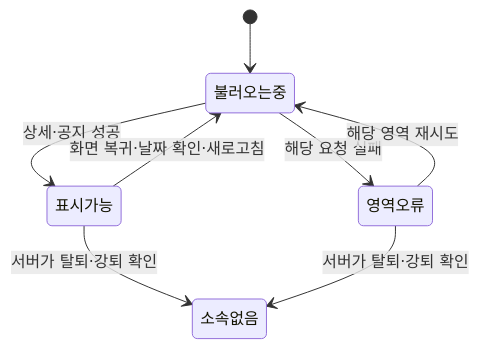
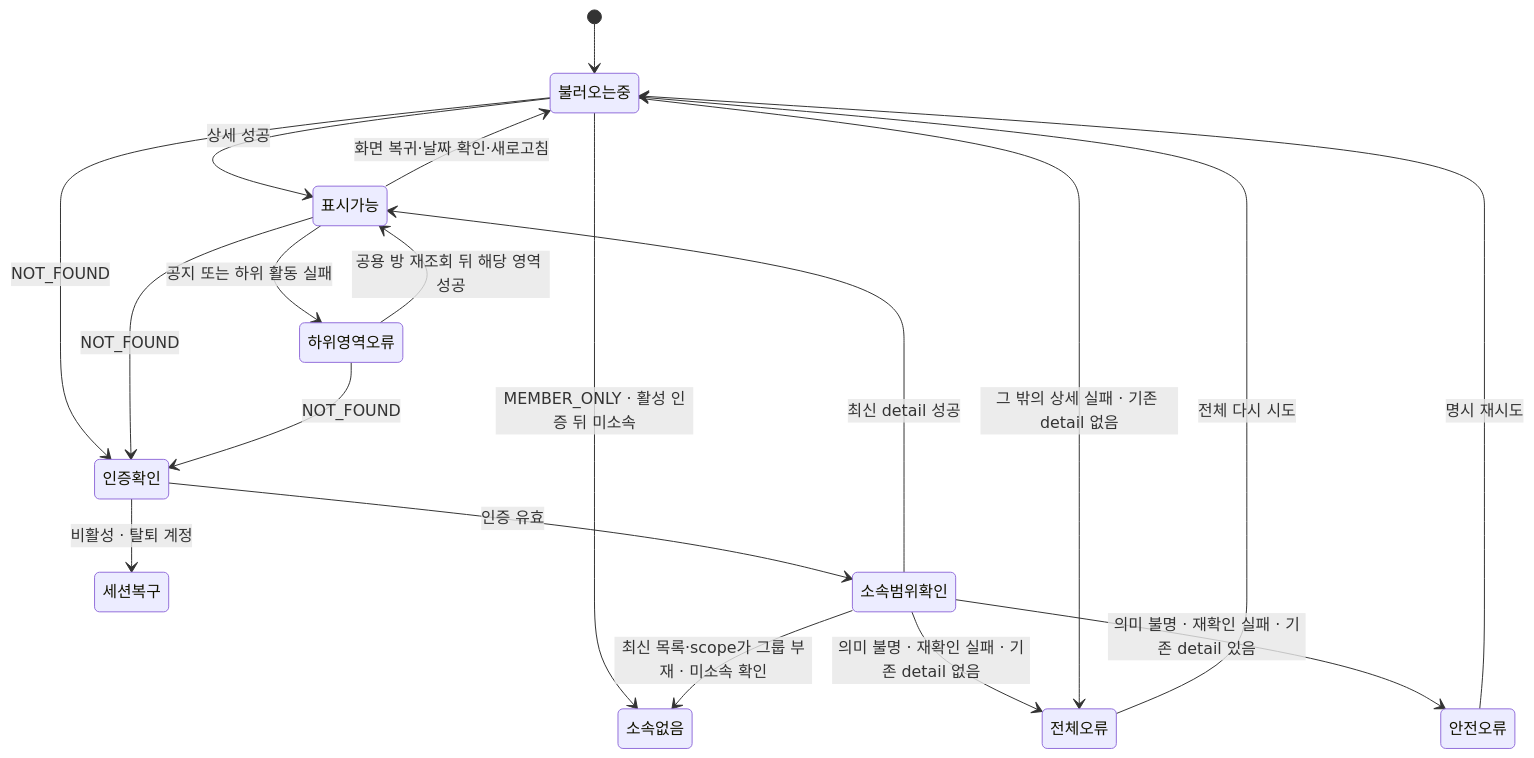
The first of 4 diagrams in docs/prd/group/features/03-activity/low-level-design.md (OneOrThree/phone), drawn with Mermaid before and after one commit. The commit also changed other lines of this file and 21 other files, not shown here.

````diff
--- a/docs/prd/group/features/03-activity/low-level-design.md
+++ b/docs/prd/group/features/03-activity/low-level-design.md
@@ -12,10 +13,21 @@
 ```mermaid
 stateDiagram-v2
     [*] --> 불러오는중
-    불러오는중 --> 표시가능: 상세·공지 성공
-    불러오는중 --> 영역오류: 해당 요청 실패
-    영역오류 --> 불러오는중: 해당 영역 재시도
+    불러오는중 --> 표시가능: 상세 성공
+    불러오는중 --> 소속없음: MEMBER_ONLY · 활성 인증 뒤 미소속
+    불러오는중 --> 인증확인: NOT_FOUND
+    인증확인 --> 세션복구: 비활성 · 탈퇴 계정
+    인증확인 --> 소속범위확인: 인증 유효
+    소속범위확인 --> 소속없음: 최신 목록·scope가 그룹 부재 · 미소속 확인
+    소속범위확인 --> 표시가능: 최신 detail 성공
+    소속범위확인 --> 전체오류: 의미 불명 · 재확인 실패 · 기존 detail 없음
+    소속범위확인 --> 안전오류: 의미 불명 · 재확인 실패 · 기존 detail 있음
+    안전오류 --> 불러오는중: 명시 재시도
+    불러오는중 --> 전체오류: 그 밖의 상세 실패 · 기존 detail 없음
+    전체오류 --> 불러오는중: 전체 다시 시도
+    표시가능 --> 하위영역오류: 공지 또는 하위 활동 실패
+    하위영역오류 --> 표시가능: 공용 방 재조회 뒤 해당 영역 성공
     표시가능 --> 불러오는중: 화면 복귀·날짜 확인·새로고침
-    표시가능 --> 소속없음: 서버가 탈퇴·강퇴 확인
-    영역오류 --> 소속없음: 서버가 탈퇴·강퇴 확인
+    표시가능 --> 인증확인: NOT_FOUND
+    하위영역오류 --> 인증확인: NOT_FOUND
 ```
````
